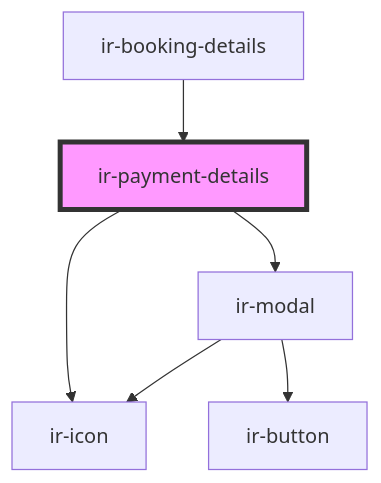
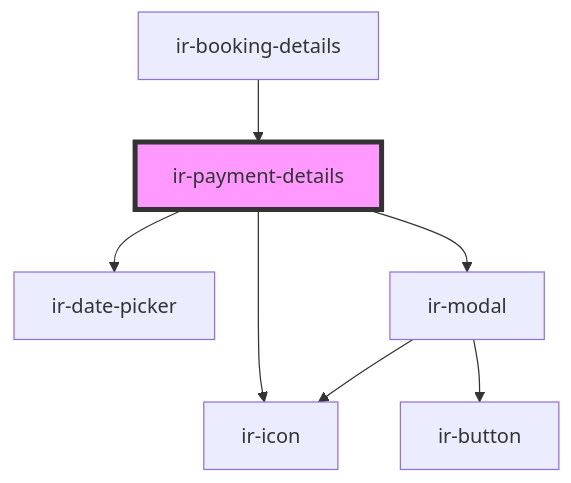
One commit to RonyRizk/ir-webcmp changed the diagram in src/components/ir-booking-details/ir-payment-details/readme.md. Above: the diagram before and after it, drawn with Mermaid. The commit also changed other lines of this file and 58 other files, not shown here.

````diff
--- a/src/components/ir-booking-details/ir-payment-details/readme.md
+++ b/src/components/ir-booking-details/ir-payment-details/readme.md
@@ -37,9 +39,10 @@
 ```mermaid
 graph TD;
+  ir-payment-details --> ir-date-picker
   ir-payment-details --> ir-icon
   ir-payment-details --> ir-modal
   ir-modal --> ir-icon
   ir-modal --> ir-button
   ir-booking-details --> ir-payment-details
   style ir-payment-details fill:#f9f,stroke:#333,stroke-width:4px
 ```
````
